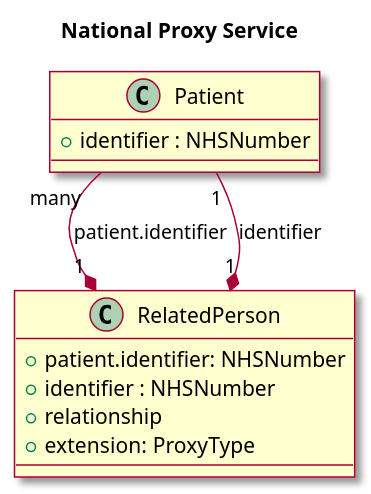
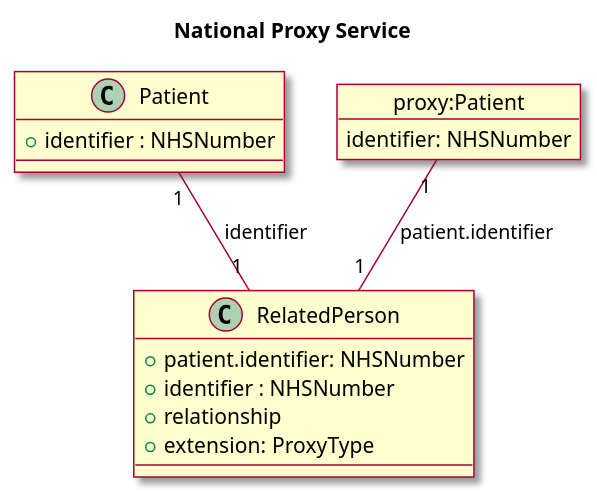
Before and after one commit to NHSDigital/interoperability-standards-documentation: the diagram in input/images-source/national-proxy-service-relationship.plantuml, drawn with PlantUML.

Commit message:
Expanded Task state diagram

```diff
--- a/input/images-source/national-proxy-service-relationship.plantuml
+++ b/input/images-source/national-proxy-service-relationship.plantuml
@@ -1,23 +1,29 @@
 @startuml
 
 skin rose
 
 title National Proxy Service
 
 
 class RelatedPerson {
   +patient.identifier: NHSNumber
   +identifier : NHSNumber
   +relationship
   +extension: ProxyType
 }
 
 class Patient {
   +identifier : NHSNumber
 }
 
 
-RelatedPerson "1" *-up- "many" Patient: patient.identifier
-RelatedPerson "1" *-up- "1" Patient: identifier
+
+object "proxy:Patient" as p2 {
+  identifier: NHSNumber
+}
+
+
+RelatedPerson "1" -up- "1" p2: patient.identifier
+RelatedPerson "1" -up- "1" Patient: identifier
 
 @enduml
```
